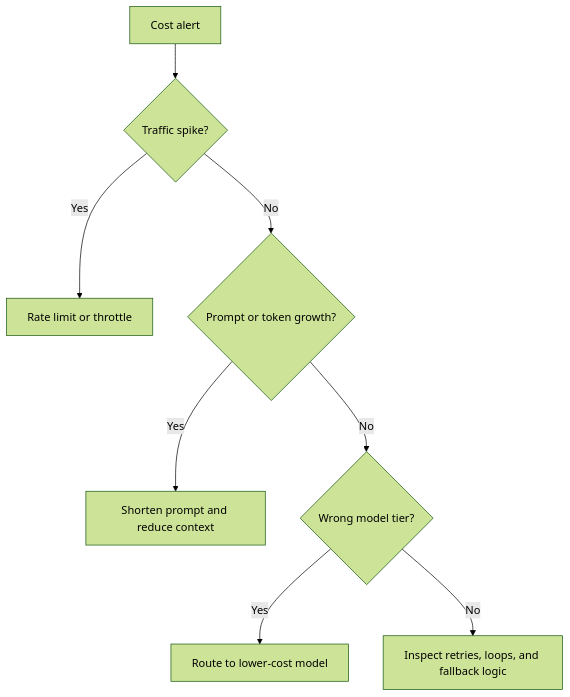
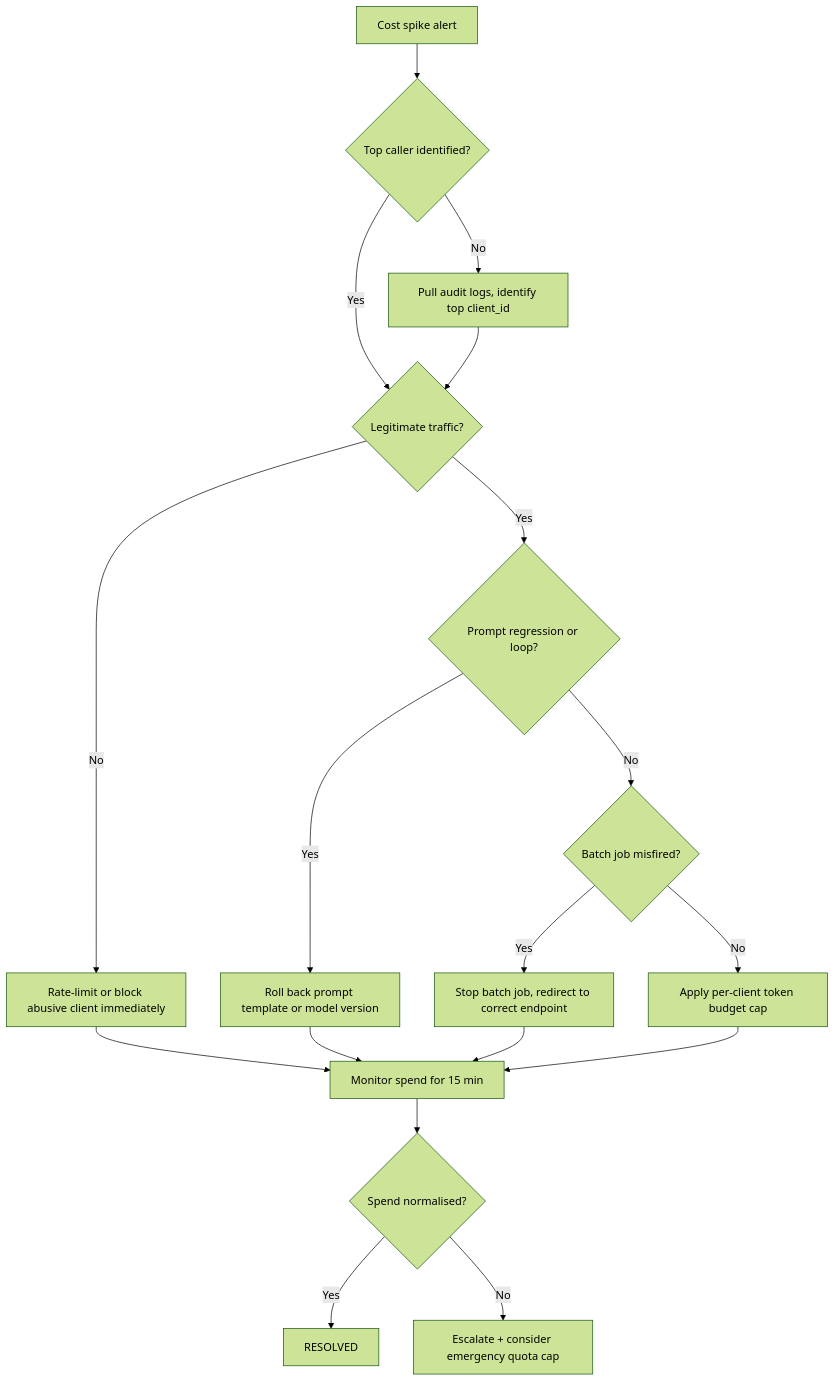
The diagram in runbooks/llm_cost_spike.md (zrlopez/ml-incident-response-playbook), drawn with Mermaid (forest theme) before and after one commit. The commit also changed other lines of this file and 5 other files, not shown here.

````diff
--- a/runbooks/llm_cost_spike.md
+++ b/runbooks/llm_cost_spike.md
@@ -33,10 +75,20 @@
 ```mermaid
 flowchart TD
-    A[Cost alert] --> B{Traffic spike?}
-    B -- Yes --> C[Rate limit or throttle]
-    B -- No --> D{Prompt or token growth?}
-    D -- Yes --> E[Shorten prompt and reduce context]
-    D -- No --> F{Wrong model tier?}
-    F -- Yes --> G[Route to lower-cost model]
-    F -- No --> H[Inspect retries, loops, and fallback logic]
+    A[Cost spike alert] --> B{Top caller identified?}
+    B -- Yes --> C{Legitimate traffic?}
+    B -- No --> D[Pull audit logs, identify top client_id]
+    D --> C
+    C -- No --> E[Rate-limit or block abusive client immediately]
+    C -- Yes --> F{Prompt regression or loop?}
+    F -- Yes --> G[Roll back prompt template or model version]
+    F -- No --> H{Batch job misfired?}
+    H -- Yes --> I[Stop batch job, redirect to correct endpoint]
+    H -- No --> J[Apply per-client token budget cap]
+    E --> K[Monitor spend for 15 min]
+    G --> K
+    I --> K
+    J --> K
+    K --> L{Spend normalised?}
+    L -- Yes --> M[RESOLVED]
+    L -- No --> N[Escalate + consider emergency quota cap]
 ```
````
